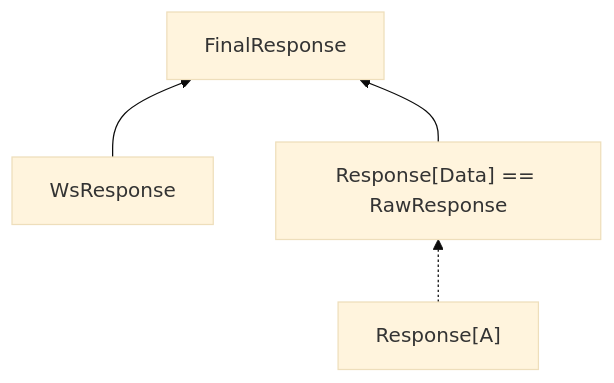
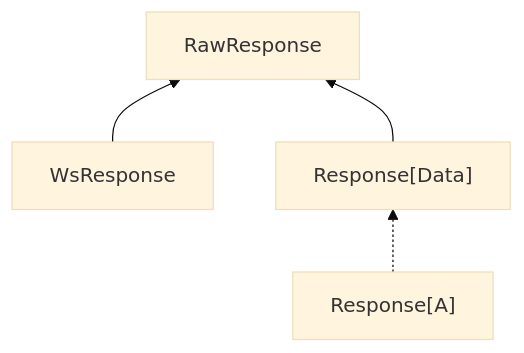
The second of 2 diagrams in README.md (jodersky/keg), drawn with Mermaid (base theme) before and after one commit. The commit also changed other lines of this file and 19 other files, not shown here.

````diff
--- a/README.md
+++ b/README.md
@@ -1474,11 +1447,11 @@
 ```mermaid
 graph BT
   simple["Response[A]"]
-  raw["Response[Data] == RawResponse"]
+  raw["Response[Data]"]
   ws["WsResponse"]
-  web["FinalResponse"]
+  web["RawResponse"]
 
   ws --> web
   raw --> web
   simple -.-> raw
 ```
````
